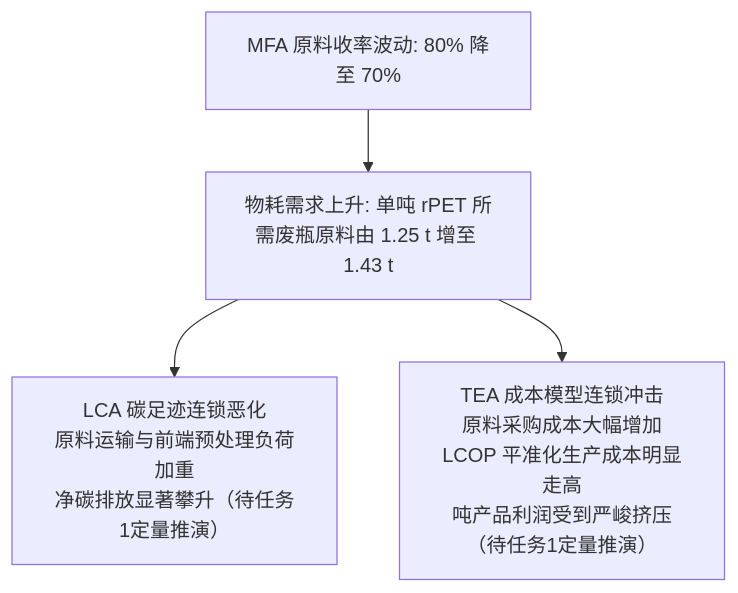
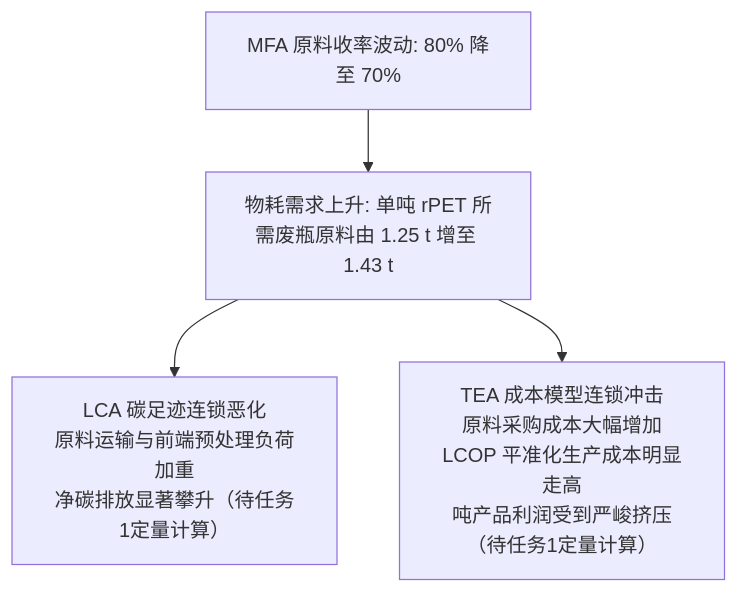
One commit to whu-course-EnvironPlanManag/LCA_Practice_Coursework-2026fall changed the second of 2 diagrams in starter_materials/lecture9-20261022-classroom_case1/case_files/case1_documentation.md. Above: the diagram before and after it, drawn with Mermaid. The commit also changed other lines of this file and 1 other file, not shown here.

````diff
--- a/starter_materials/lecture9-20261022-classroom_case1/case_files/case1_documentation.md
+++ b/starter_materials/lecture9-20261022-classroom_case1/case_files/case1_documentation.md
@@ -160,6 +161,6 @@
 ```mermaid
 flowchart TD
     A["MFA 原料收率波动: 80% 降至 70%"] --> B["物耗需求上升: 单吨 rPET 所需废瓶原料由 1.25 t 增至 1.43 t"]
-    B --> C["LCA 碳足迹连锁恶化<br/>原料运输与前端预处理负荷加重<br/>净碳排放显著攀升（待任务1定量推演）"]
-    B --> D["TEA 成本模型连锁冲击<br/>原料采购成本大幅增加<br/>LCOP 平准化生产成本明显走高<br/>吨产品利润受到严峻挤压（待任务1定量推演）"]
+    B --> C["LCA 碳足迹连锁恶化<br/>原料运输与前端预处理负荷加重<br/>净碳排放显著攀升（待任务1定量计算）"]
+    B --> D["TEA 成本模型连锁冲击<br/>原料采购成本大幅增加<br/>LCOP 平准化生产成本明显走高<br/>吨产品利润受到严峻挤压（待任务1定量计算）"]
 ```
````
